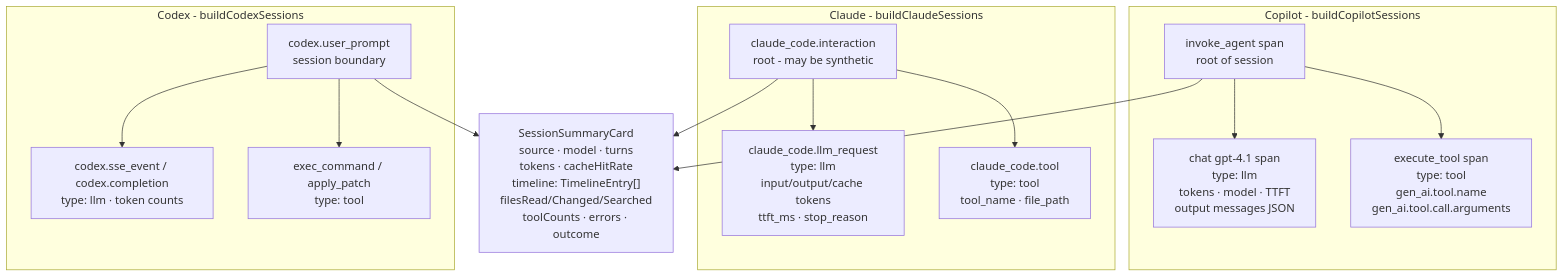
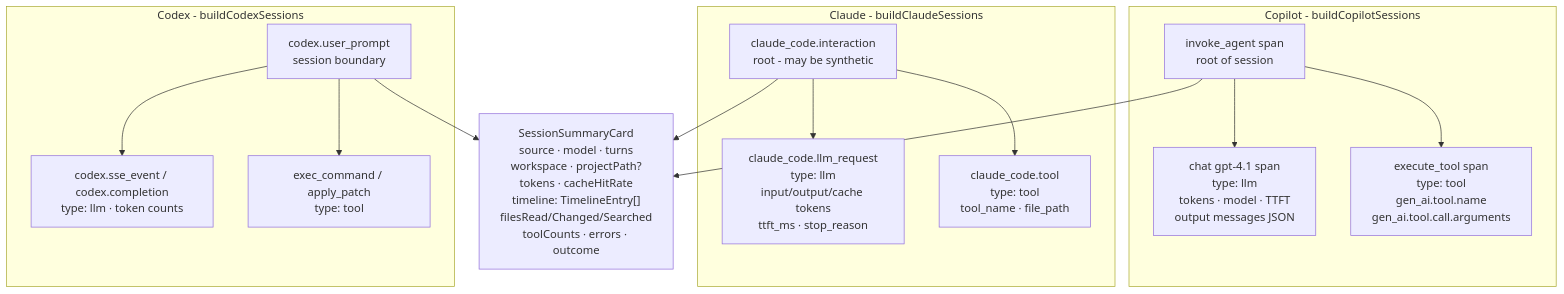
Before and after one commit to RogerReed/agentlens: the seventh of 19 diagrams in ARCHITECTURE.md, drawn with Mermaid. The commit also changed other lines of this file and 17 other files, not shown here.

````diff
--- a/ARCHITECTURE.md
+++ b/ARCHITECTURE.md
@@ -358,28 +358,28 @@
 ```mermaid
 graph TB
     subgraph copilot["Copilot - buildCopilotSessions"]
         CP_ROOT[invoke_agent span<br/>root of session]
         CP_LLM[chat gpt-4.1 span<br/>type: llm<br/>tokens · model · TTFT<br/>output messages JSON]
         CP_TOOL[execute_tool span<br/>type: tool<br/>gen_ai.tool.name<br/>gen_ai.tool.call.arguments]
         CP_ROOT --> CP_LLM
         CP_ROOT --> CP_TOOL
     end
 
     subgraph claude["Claude - buildClaudeSessions"]
         CC_ROOT[claude_code.interaction<br/>root - may be synthetic]
         CC_LLM[claude_code.llm_request<br/>type: llm<br/>input/output/cache tokens<br/>ttft_ms · stop_reason]
         CC_TOOL[claude_code.tool<br/>type: tool<br/>tool_name · file_path]
         CC_ROOT --> CC_LLM
         CC_ROOT --> CC_TOOL
     end
 
     subgraph codex["Codex - buildCodexSessions"]
         CX_PROMPT[codex.user_prompt<br/>session boundary]
         CX_LLM[codex.sse_event / codex.completion<br/>type: llm · token counts]
         CX_TOOL[exec_command / apply_patch<br/>type: tool]
         CX_PROMPT --> CX_LLM
         CX_PROMPT --> CX_TOOL
     end
 
-    CP_ROOT & CC_ROOT & CX_PROMPT --> CARD["SessionSummaryCard<br/>source · model · turns<br/>tokens · cacheHitRate<br/>timeline: TimelineEntry[]<br/>filesRead/Changed/Searched<br/>toolCounts · errors · outcome"]
+    CP_ROOT & CC_ROOT & CX_PROMPT --> CARD["SessionSummaryCard<br/>source · model · turns<br/>workspace · projectPath?<br/>tokens · cacheHitRate<br/>timeline: TimelineEntry[]<br/>filesRead/Changed/Searched<br/>toolCounts · errors · outcome"]
 ```
````
